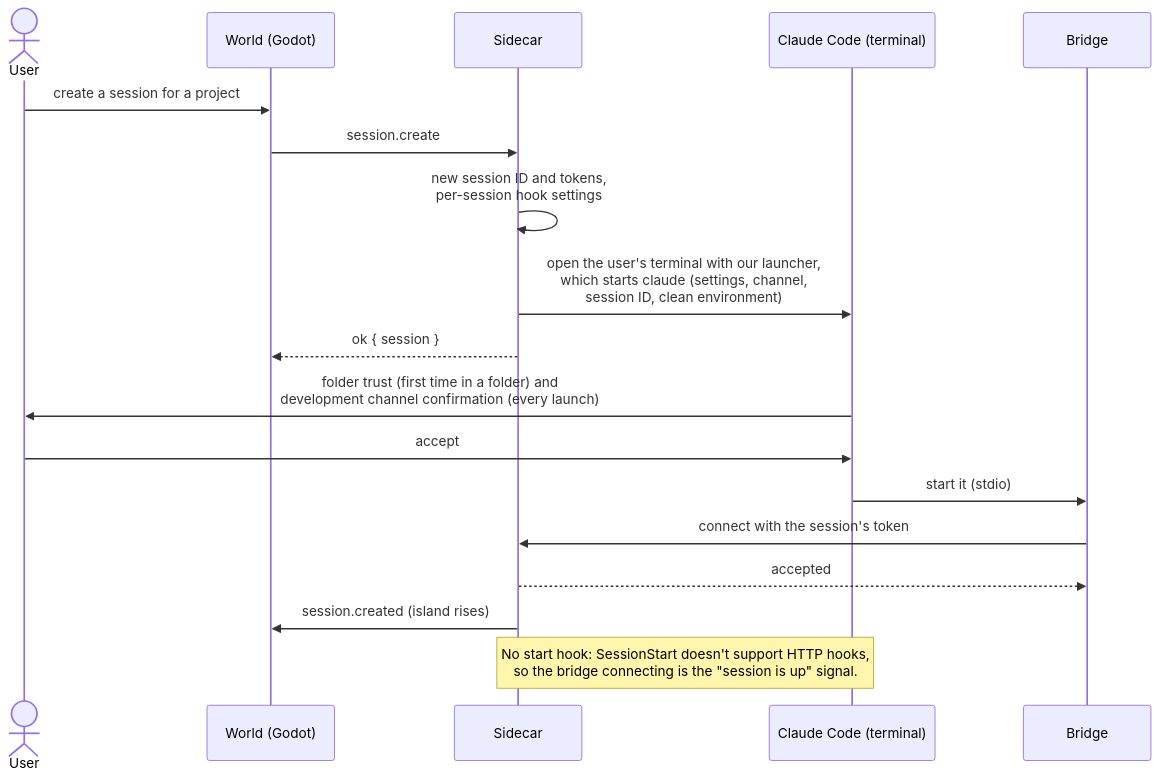
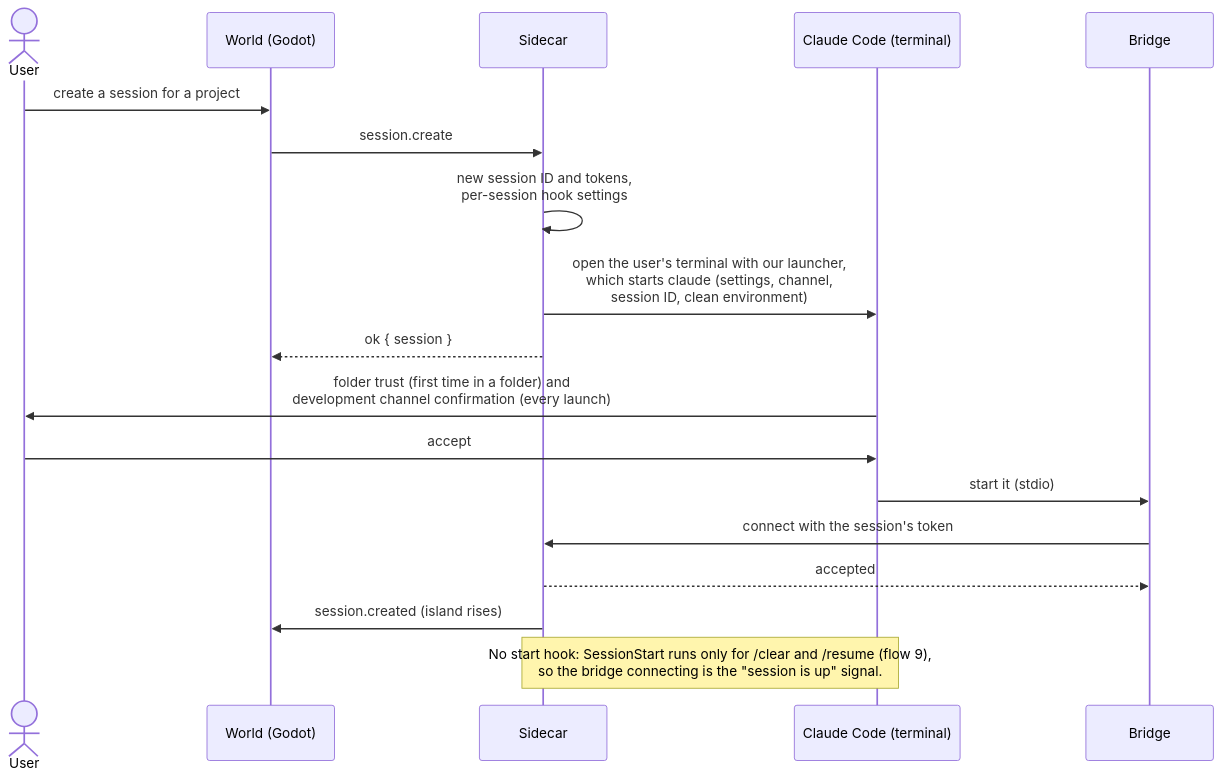
One commit to PaoloPortugal/The-Beach changed the second of 10 diagrams in docs/flows.md. Above: the diagram before and after it, drawn with Mermaid. The commit also changed other lines of this file and 3 other files, not shown here.

Commit message:
Docs for SessionStart: NOTES S02, flows 0 and 9, guide; live-check checklist

````diff
--- a/docs/flows.md
+++ b/docs/flows.md
@@ -79,21 +80,21 @@
 ```mermaid
 sequenceDiagram
     actor User
     participant World as World (Godot)
     participant Sidecar
     participant Claude as Claude Code (terminal)
     participant Bridge
 
     User->>World: create a session for a project
     World->>Sidecar: session.create
     Sidecar->>Sidecar: new session ID and tokens,<br/>per-session hook settings
     Sidecar->>Claude: open the user's terminal with our launcher,<br/>which starts claude (settings, channel,<br/>session ID, clean environment)
     Sidecar-->>World: ok { session }
     Claude->>User: folder trust (first time in a folder) and<br/>development channel confirmation (every launch)
     User->>Claude: accept
     Claude->>Bridge: start it (stdio)
     Bridge->>Sidecar: connect with the session's token
     Sidecar-->>Bridge: accepted
     Sidecar->>World: session.created (island rises)
-    Note over Claude,Sidecar: No start hook: SessionStart doesn't support HTTP hooks,<br/>so the bridge connecting is the "session is up" signal.
+    Note over Claude,Sidecar: No start hook: SessionStart runs only for /clear and /resume (flow 9),<br/>so the bridge connecting is the "session is up" signal.
 ```
````
